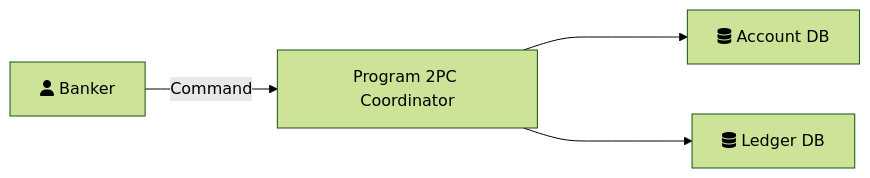
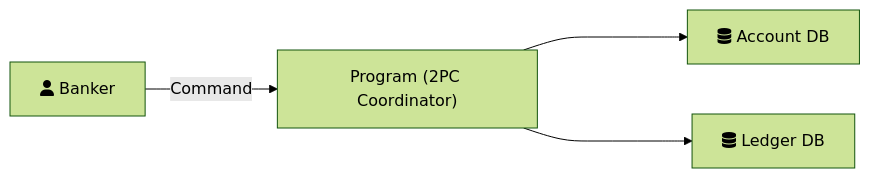
One commit to Paymvi/Multi-Database changed the first of 6 diagrams in doc/design.md. Above: the diagram before and after it, drawn with Mermaid (forest theme). The commit also changed other lines of this file, not shown here.

Commit message:
Added the Architecture section

````diff
--- a/doc/design.md
+++ b/doc/design.md
@@ -7,6 +7,6 @@
 ```mermaid
 flowchart LR
-    User[fa:fa-user Banker] --Command--> Program[Program 2PC Coordinator] ----> DB_1[fa:fa-database Account DB]
+    User[fa:fa-user Banker] --Command--> Program["Program (2PC Coordinator)"] ----> DB_1[fa:fa-database Account DB]
     Program ----> DB_2[fa:fa-database Ledger DB]
 
 ```
````
